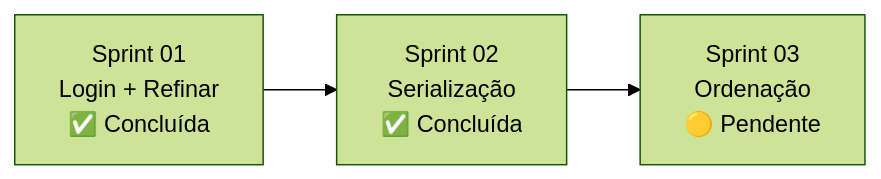
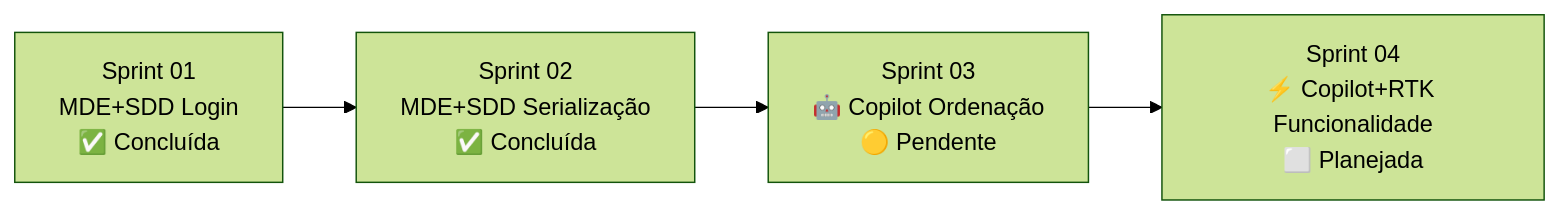
Before and after one commit to BrunoWatanabe/TCC-KPC: the second of 2 diagrams in relatorios/plano-sprints.md, drawn with Mermaid (forest theme). The commit also changed other lines of this file, not shown here.

````diff
--- a/relatorios/plano-sprints.md
+++ b/relatorios/plano-sprints.md
@@ -136,5 +179,6 @@
 ```mermaid
 flowchart LR
-    S1[Sprint 01<br/>Login + Refinar<br/>✅ Concluída] --> S2[Sprint 02<br/>Serialização<br/>✅ Concluída]
-    S2 --> S3[Sprint 03<br/>Ordenação<br/>🟡 Pendente]
+    S1[Sprint 01<br/>MDE+SDD Login<br/>✅ Concluída] --> S2[Sprint 02<br/>MDE+SDD Serialização<br/>✅ Concluída]
+    S2 --> S3[Sprint 03<br/>🤖 Copilot Ordenação<br/>🟡 Pendente]
+    S3 --> S4[Sprint 04<br/>⚡ Copilot+RTK Funcionalidade<br/>⬜ Planejada]
 ```
````
